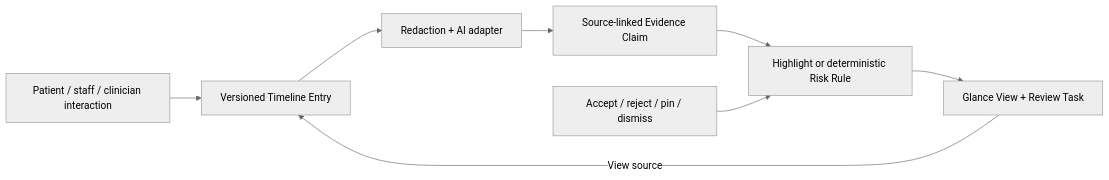
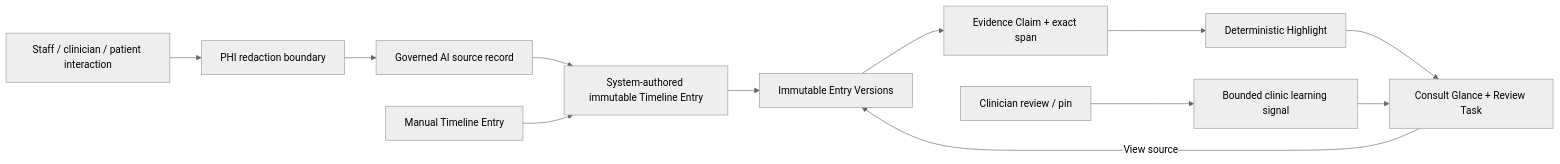
The first of 2 diagrams in docs/technical-brief.md (aqua182/72hours), drawn with Mermaid (neutral theme) before and after one commit. The commit also changed other lines of this file and 25 other files, not shown here.

````diff
--- a/docs/technical-brief.md
+++ b/docs/technical-brief.md
@@ -10,10 +12,14 @@
 ```mermaid
 flowchart LR
-  I["Patient / staff / clinician interaction"] --> E["Versioned Timeline Entry"]
-  E --> R["Redaction + AI adapter"]
-  R --> C["Source-linked Evidence Claim"]
-  C --> H["Highlight or deterministic Risk Rule"]
-  H --> G["Glance View + Review Task"]
-  G -->|"View source"| E
-  U["Accept / reject / pin / dismiss"] --> H
+  I["Staff / clinician / patient interaction"] --> R["PHI redaction boundary"]
+  R --> S["Governed AI source record"]
+  S --> E["System-authored immutable Timeline Entry"]
+  M["Manual Timeline Entry"] --> E
+  E --> V["Immutable Entry Versions"]
+  V --> C["Evidence Claim + exact span"]
+  C --> H["Deterministic Highlight"]
+  H --> G["Consult Glance + Review Task"]
+  G -->|"View source"| V
+  U["Clinician review / pin"] --> L["Bounded clinic learning signal"]
+  L --> G
 ```
````
